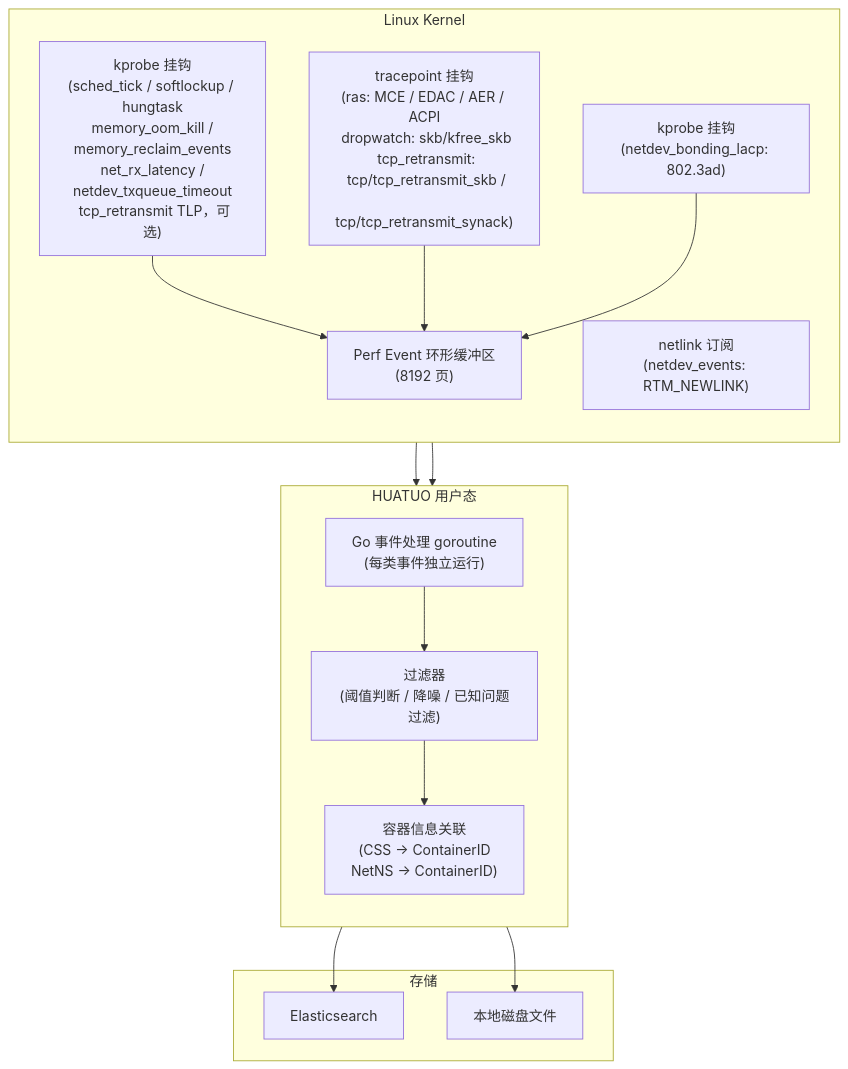
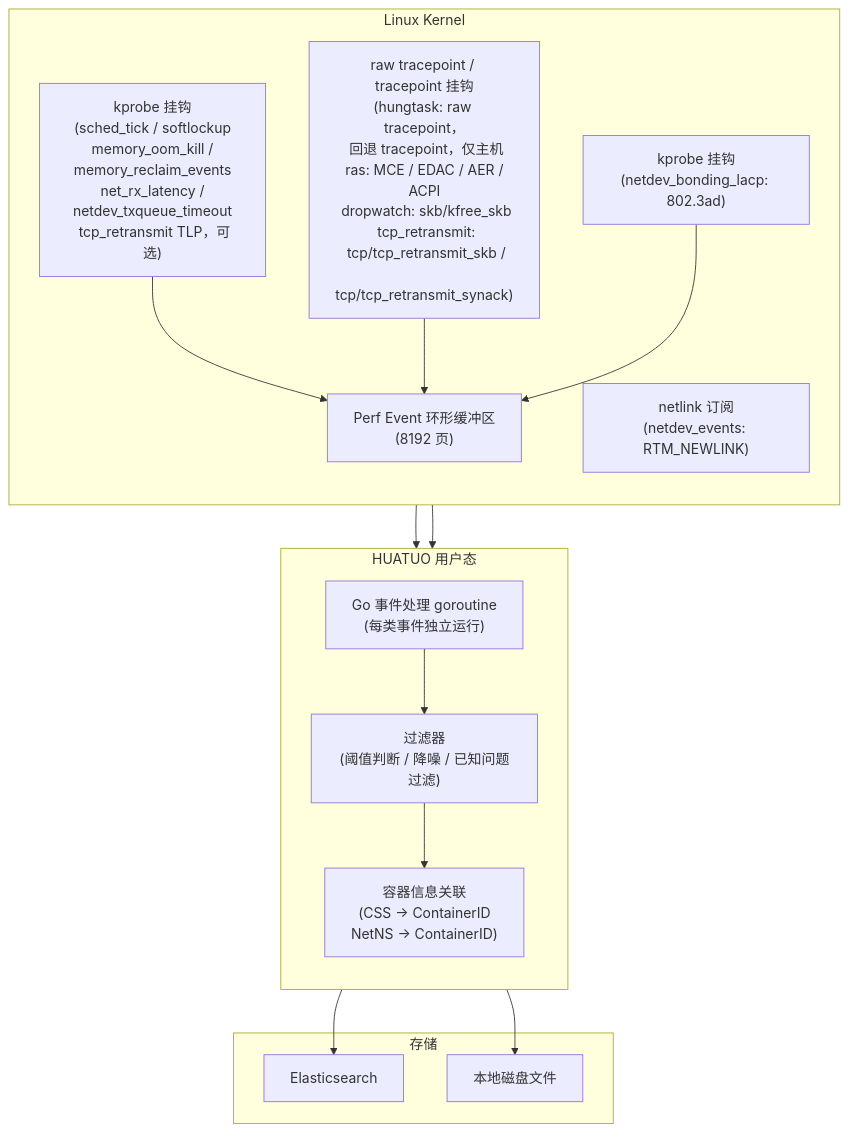
The first of 2 diagrams in docs/key-feature/instant-observability_zh.md (ccfos/huatuo), drawn with Mermaid before and after one commit. The commit also changed other lines of this file and 8 other files, not shown here.

First line of the commit message:
feat(events): attribute hungtask events and counts to containers

````diff
--- a/docs/key-feature/instant-observability_zh.md
+++ b/docs/key-feature/instant-observability_zh.md
@@ -524,33 +526,33 @@
 ```mermaid
 graph TB
     subgraph "Linux Kernel"
         direction TB
-        K1["kprobe 挂钩\n(sched_tick / softlockup / hungtask\n memory_oom_kill / memory_reclaim_events\n net_rx_latency / netdev_txqueue_timeout\n tcp_retransmit TLP，可选)"]
-        K2["tracepoint 挂钩\n(ras: MCE / EDAC / AER / ACPI\n dropwatch: skb/kfree_skb\n tcp_retransmit:\n tcp/tcp_retransmit_skb /\n tcp/tcp_retransmit_synack)"]
+        K1["kprobe 挂钩\n(sched_tick / softlockup\n memory_oom_kill / memory_reclaim_events\n net_rx_latency / netdev_txqueue_timeout\n tcp_retransmit TLP，可选)"]
+        K2["raw tracepoint / tracepoint 挂钩\n(hungtask: raw tracepoint，\n 回退 tracepoint，仅主机\n ras: MCE / EDAC / AER / ACPI\n dropwatch: skb/kfree_skb\n tcp_retransmit:\n tcp/tcp_retransmit_skb /\n tcp/tcp_retransmit_synack)"]
         K3["netlink 订阅\n(netdev_events: RTM_NEWLINK)"]
         K4["kprobe 挂钩\n(netdev_bonding_lacp: 802.3ad)"]
         PEB["Perf Event 环形缓冲区\n(8192 页)"]
     end
 
     subgraph "HUATUO 用户态"
         direction TB
         EH["Go 事件处理 goroutine\n(每类事件独立运行)"]
         CF["过滤器\n(阈值判断 / 降噪 / 已知问题过滤)"]
         CM["容器信息关联\n(CSS → ContainerID\n NetNS → ContainerID)"]
     end
 
     subgraph "存储"
         ES["Elasticsearch"]
         DISK["本地磁盘文件"]
     end
 
     K1 --> PEB
     K2 --> PEB
     K4 --> PEB
     PEB --> EH
     K3 --> EH
     EH --> CF
     CF --> CM
     CM --> ES
     CM --> DISK
 ```
````
